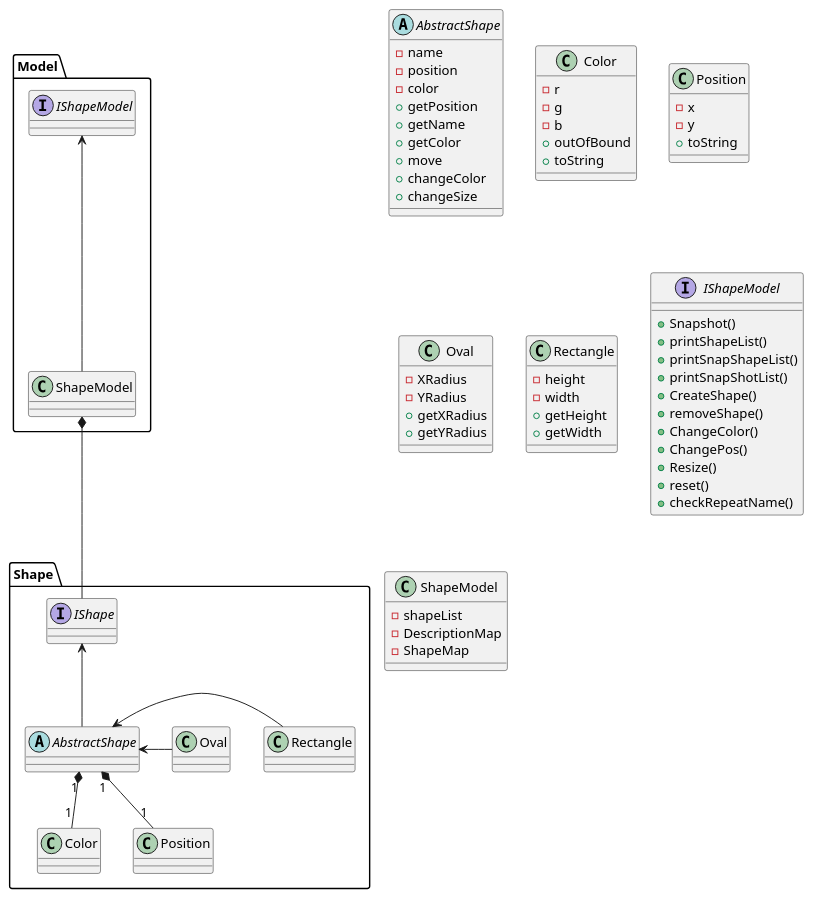
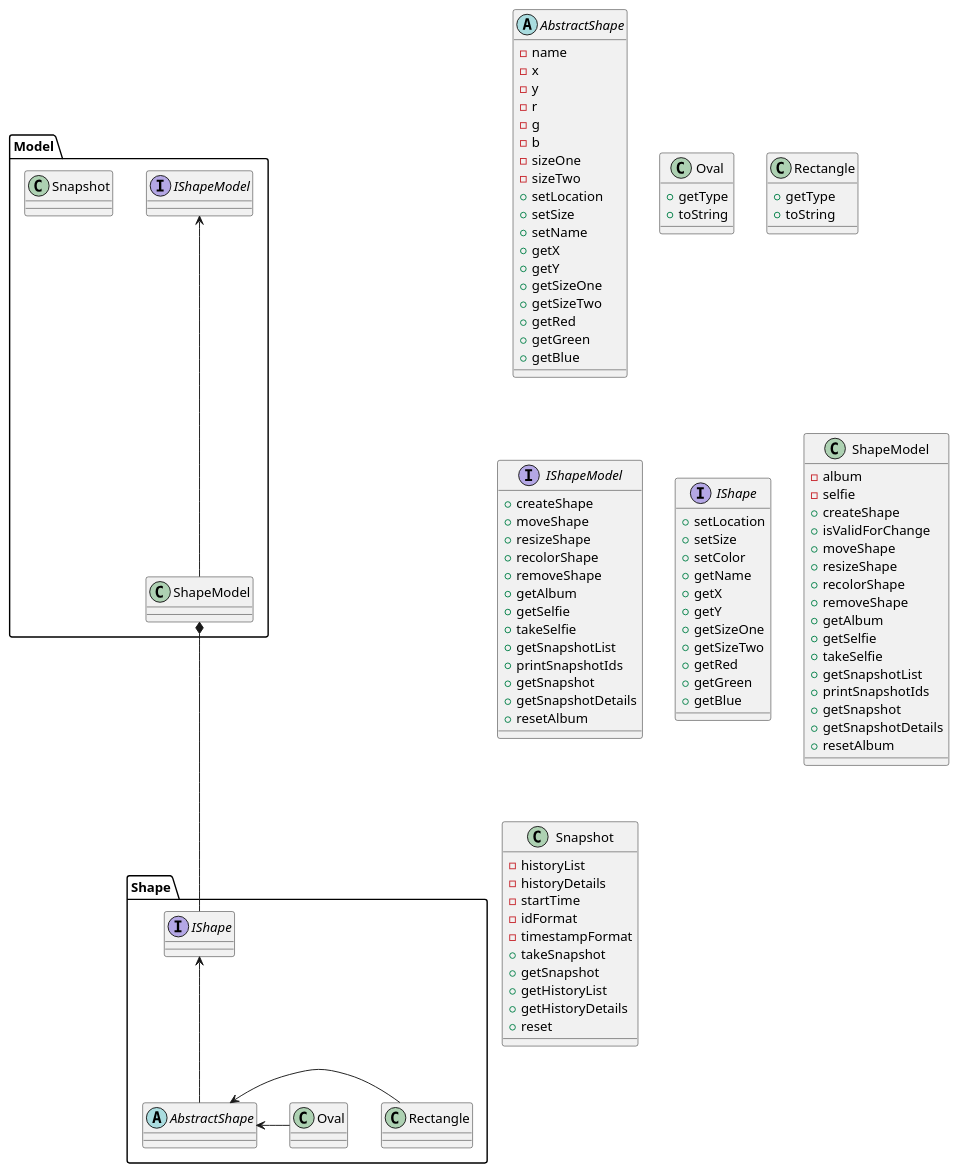
One commit to xxialingfeng/CS5004_Object_Oriented_Programming changed the diagram in PhotoAlbumUML.puml. Above: the diagram before and after it, drawn with PlantUML. The commit also changed 2 other files, not shown here.

```diff
--- a/PhotoAlbumUML.puml
+++ b/PhotoAlbumUML.puml
@@ -1,88 +1,118 @@
 @startuml
 'https://plantuml.com/sequence-diagram
 
 package "Shape" {
 interface IShape
 abstract class AbstractShape
 class Oval
 class Rectangle
-class Color
-class Position
 }
 
 package "Model" {
 interface IShapeModel
 class ShapeModel
+class Snapshot
 }
 
 IShape <-- AbstractShape
 AbstractShape <- Rectangle
 AbstractShape <- Oval
-AbstractShape "1" *-- "1" Position
-AbstractShape "1" *-- "1" Color
+
 
 IShapeModel <-- ShapeModel
-
 ShapeModel *-- IShape
 
 abstract class AbstractShape {
 - name
-- position
-- color
-+ getPosition
-+ getName
-+ getColor
-+ move
-+ changeColor
-+ changeSize
-}
-
-class Color {
+- x
+- y
 - r
 - g
 - b
-+ outOfBound
+- sizeOne
+- sizeTwo
++ setLocation
++ setSize
++ setName
++ getX
++ getY
++ getSizeOne
++ getSizeTwo
++ getRed
++ getGreen
++ getBlue
+}
+
+class Oval {
++ getType
 + toString
 }
 
-class Position {
-- x
-- y
+class Rectangle {
++ getType
 + toString
 }
 
-class Oval {
-- XRadius
-- YRadius
-+ getXRadius
-+ getYRadius
+interface IShapeModel {
++ createShape
++ moveShape
++ resizeShape
++ recolorShape
++ removeShape
++ getAlbum
++ getSelfie
++ takeSelfie
++ getSnapshotList
++ printSnapshotIds
++ getSnapshot
++ getSnapshotDetails
++ resetAlbum
 }
 
-class Rectangle {
-- height
-- width
-+ getHeight
-+ getWidth
-}
-
-interface IShapeModel {
-+ Snapshot()
-+ printShapeList()
-+ printSnapShapeList()
-+ printSnapShotList()
-+ CreateShape()
-+ removeShape()
-+ ChangeColor()
-+ ChangePos()
-+ Resize()
-+ reset()
-+ checkRepeatName()
+interface IShape {
++ setLocation
++ setSize
++ setColor
++ getName
++ getX
++ getY
++ getSizeOne
++ getSizeTwo
++ getRed
++ getGreen
++ getBlue
 }
 
 class ShapeModel {
-- shapeList
-- DescriptionMap
-- ShapeMap
+- album
+- selfie
++ createShape
++ isValidForChange
++ moveShape
++ resizeShape
++ recolorShape
++ removeShape
++ getAlbum
++ getSelfie
++ takeSelfie
++ getSnapshotList
++ printSnapshotIds
++ getSnapshot
++ getSnapshotDetails
++ resetAlbum
+}
+
+class Snapshot {
+- historyList
+- historyDetails
+- startTime
+- idFormat
+- timestampFormat
++ takeSnapshot
++ getSnapshot
++ getHistoryList
++ getHistoryDetails
++ reset
 }
 
 @enduml
```
